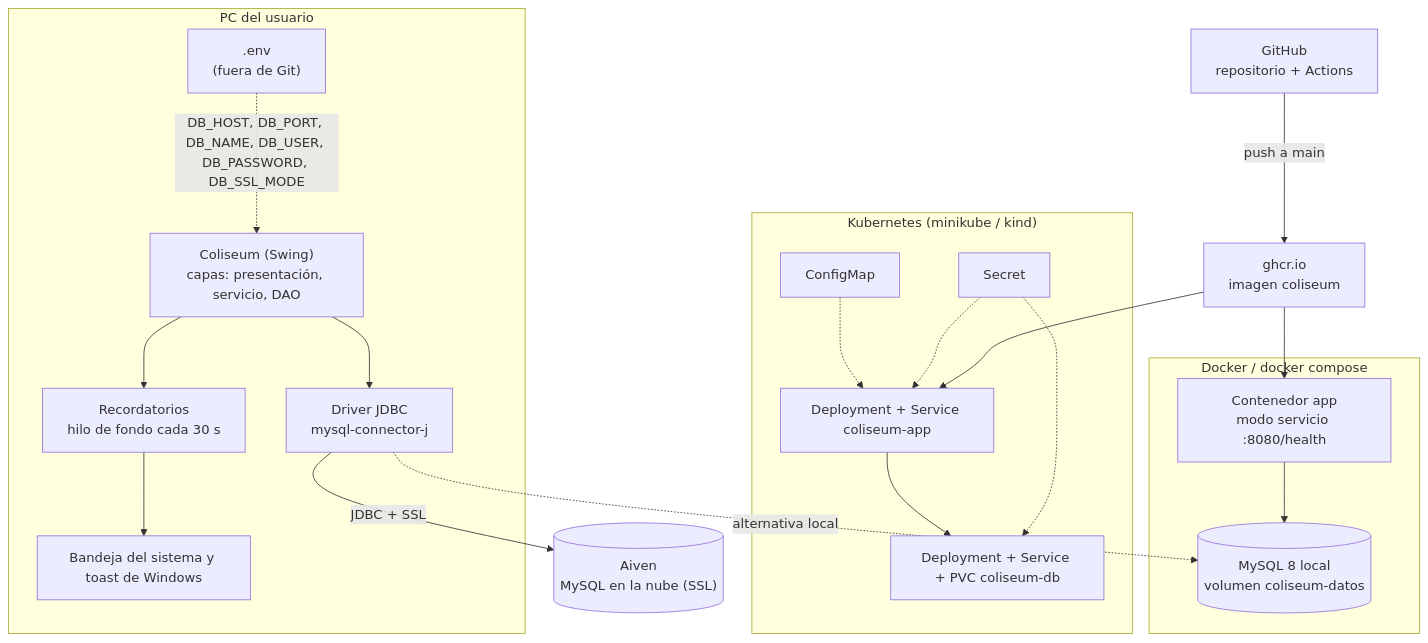
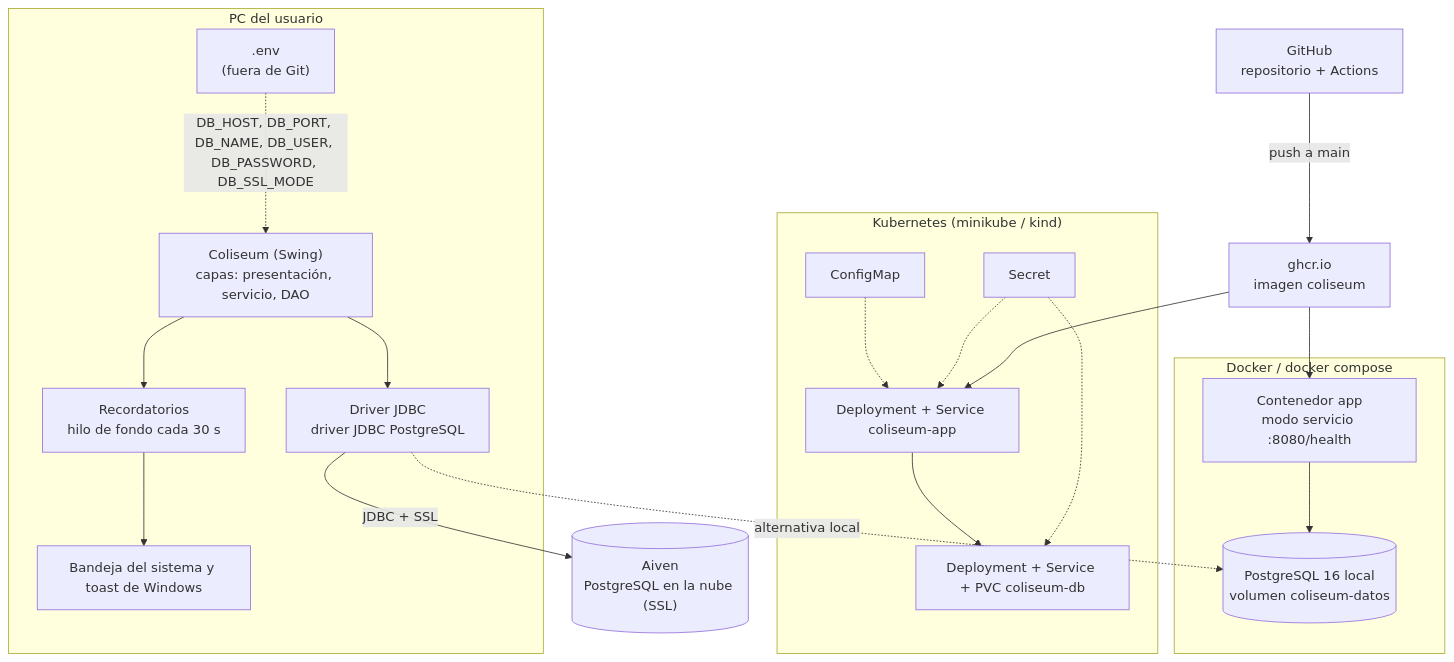
The first of 2 diagrams in docs/infraestructura.md (RodillaOff/Coliseum), drawn with Mermaid before and after one commit. The commit also changed other lines of this file and 30 other files, not shown here.

Commit message:
Migración a PostgreSQL (Aiven) y actualización de documentación

````diff
--- a/docs/infraestructura.md
+++ b/docs/infraestructura.md
@@ -7,41 +7,41 @@
 ```mermaid
 flowchart TB
     subgraph PC["PC del usuario"]
         APP["Coliseum (Swing)<br/>capas: presentación, servicio, DAO"]
         REC["Recordatorios<br/>hilo de fondo cada 30 s"]
         BAN["Bandeja del sistema y toast de Windows"]
-        JDBC["Driver JDBC<br/>mysql-connector-j"]
+        JDBC["Driver JDBC<br/>driver JDBC PostgreSQL"]
         ENV[".env<br/>(fuera de Git)"]
     end
 
     subgraph DOCKER["Docker / docker compose"]
         CAPP["Contenedor app<br/>modo servicio :8080/health"]
-        CDB[("MySQL 8 local<br/>volumen coliseum-datos")]
+        CDB[("PostgreSQL 16 local<br/>volumen coliseum-datos")]
     end
 
     subgraph K8S["Kubernetes (minikube / kind)"]
         PA["Deployment + Service coliseum-app"]
         PD["Deployment + Service + PVC coliseum-db"]
         CM["ConfigMap"]
         SE["Secret"]
     end
 
-    AIVEN[("Aiven<br/>MySQL en la nube (SSL)")]
+    AIVEN[("Aiven<br/>PostgreSQL en la nube (SSL)")]
     GH["GitHub<br/>repositorio + Actions"]
     GHCR["ghcr.io<br/>imagen coliseum"]
 
     ENV -.->|"DB_HOST, DB_PORT, DB_NAME, DB_USER, DB_PASSWORD, DB_SSL_MODE"| APP
     APP --> REC
     REC --> BAN
     APP --> JDBC
     JDBC -->|"JDBC + SSL"| AIVEN
     JDBC -.->|"alternativa local"| CDB
     CAPP --> CDB
     PA --> PD
     CM -.-> PA
     SE -.-> PA
     SE -.-> PD
     GH -->|"push a main"| GHCR
     GHCR --> CAPP
     GHCR --> PA
 ```
````
